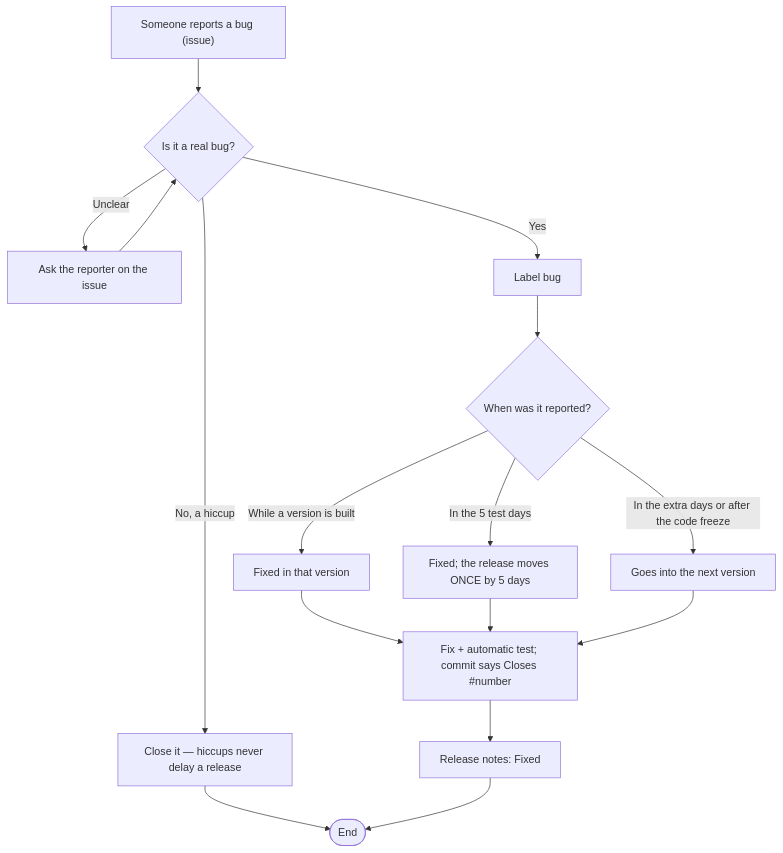
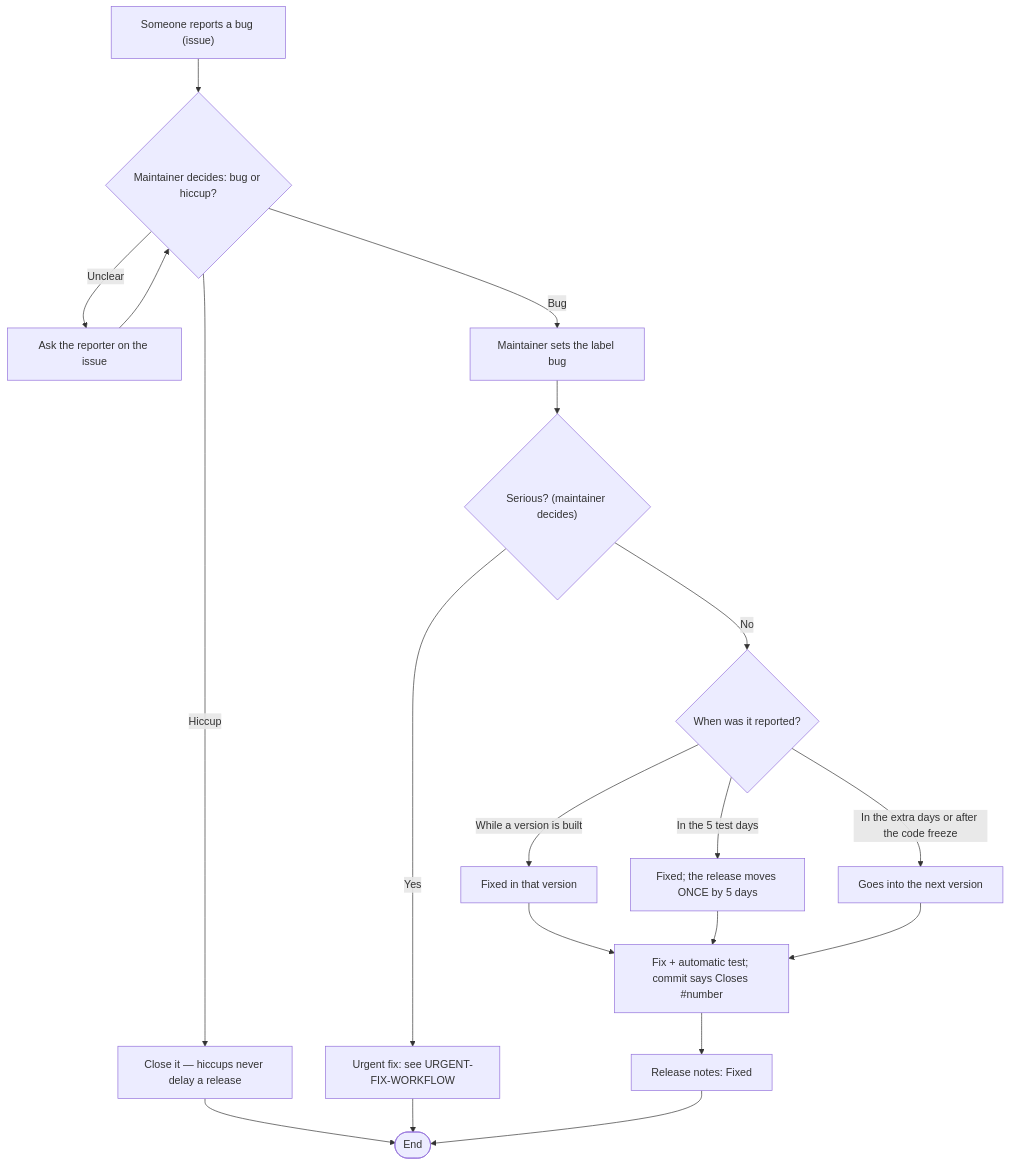
Before and after one commit to GFGMNET/Workspace: the diagram in docs/BUG-WORKFLOW.md, drawn with Mermaid. The commit also changed 6 other files, not shown here.

First line of the commit message:
docs: urgent fix workflow, maintainer decides bug/hiccup, backup responsibility, FAQ 'app doesn't start'

````diff
--- a/docs/BUG-WORKFLOW.md
+++ b/docs/BUG-WORKFLOW.md
@@ -5,18 +5,22 @@
 ```mermaid
 flowchart TD
-   A["Someone reports a bug (issue)"] --> B{"Is it a real bug?"}
+   A["Someone reports a bug (issue)"] --> B{"Maintainer decides: bug or hiccup?"}
    B -->|Unclear| C["Ask the reporter on the issue"]
    C --> B
-   B -->|No, a hiccup| D["Close it — hiccups never delay a release"]
-   B -->|Yes| E["Label bug"]
-   E --> F{"When was it reported?"}
+   B -->|Hiccup| D["Close it — hiccups never delay a release"]
+   B -->|Bug| E["Maintainer sets the label bug"]
+   F{"When was it reported?"}
+   E --> S{"Serious? (maintainer decides)"}
+   S -->|Yes| U["Urgent fix: see URGENT-FIX-WORKFLOW"]
+   S -->|No| F
    F -->|While a version is built| G["Fixed in that version"]
    F -->|In the 5 test days| H["Fixed; the release moves ONCE by 5 days"]
    F -->|In the extra days or after the code freeze| I["Goes into the next version"]
    G --> J["Fix + automatic test; commit says Closes #number"]
    H --> J
    I --> J
    J --> K["Release notes: Fixed"]
    D --> L([End])
+   U --> L
    K --> L
 ```
````
